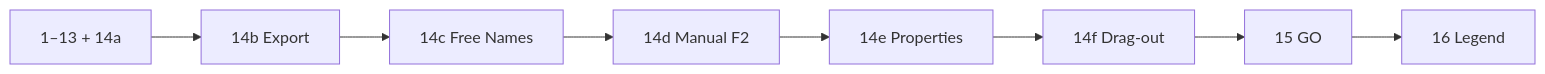
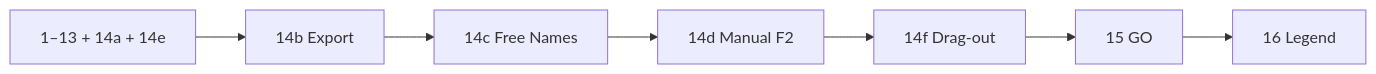
The diagram in docs/plans/rename-list-ui.plan.md (davidohana/finebytes), drawn with Mermaid before and after one commit. The commit also changed other lines of this file and 19 other files, not shown here.

````diff
--- a/docs/plans/rename-list-ui.plan.md
+++ b/docs/plans/rename-list-ui.plan.md
@@ -136,13 +136,12 @@
 ```mermaid
 flowchart LR
-  Done[1–13 + 14a]
+  Done[1–13 + 14a + 14e]
   P14b[14b Export]
   P14c[14c Free Names]
   P14d[14d Manual F2]
-  P14e[14e Properties]
   P14f[14f Drag-out]
   P15[15 GO]
   P16[16 Legend]
   Done --> P14b --> P14c --> P14d
-  P14d --> P14e --> P14f --> P15 --> P16
+  P14d --> P14f --> P15 --> P16
 ```
````
